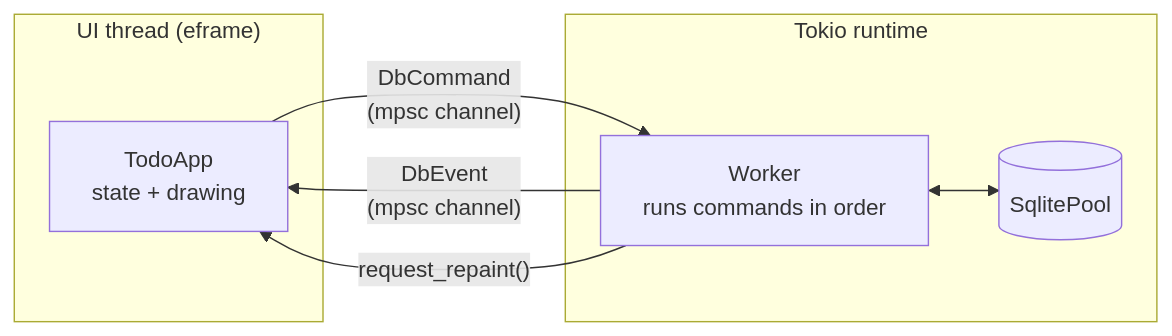
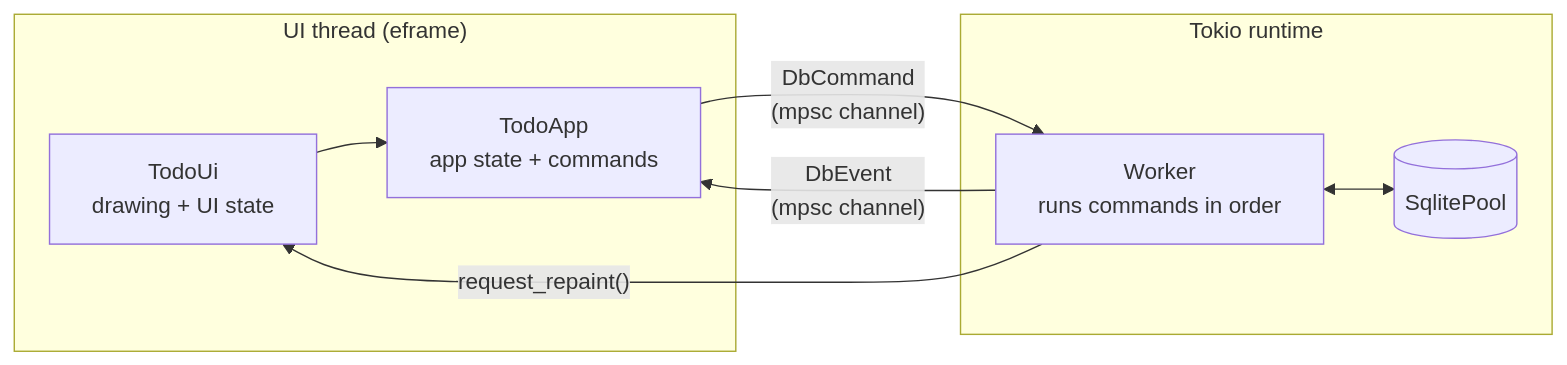
The third of 4 diagrams in README.md (marc0x71/esempio-egui-sqlx), drawn with Mermaid before and after one commit. The commit also changed other lines of this file, not shown here.

Commit message:
docs(readme): update architecture to the layered design and add testing section

````diff
--- a/README.md
+++ b/README.md
@@ -172,16 +225,18 @@
 ```mermaid
 flowchart LR
     subgraph UI["UI thread (eframe)"]
-        App["TodoApp<br/>state + drawing"]
+        Ui["TodoUi<br/>drawing + UI state"]
+        App["TodoApp<br/>app state + commands"]
+        Ui --> App
     end
 
     subgraph RT["Tokio runtime"]
         Worker["Worker<br/>runs commands in order"]
         Pool[("SqlitePool")]
     end
 
     App -- "DbCommand<br/>(mpsc channel)" --> Worker
     Worker -- "DbEvent<br/>(mpsc channel)" --> App
-    Worker -- "request_repaint()" --> App
+    Worker -- "request_repaint()" --> Ui
     Worker <--> Pool
 ```
````
